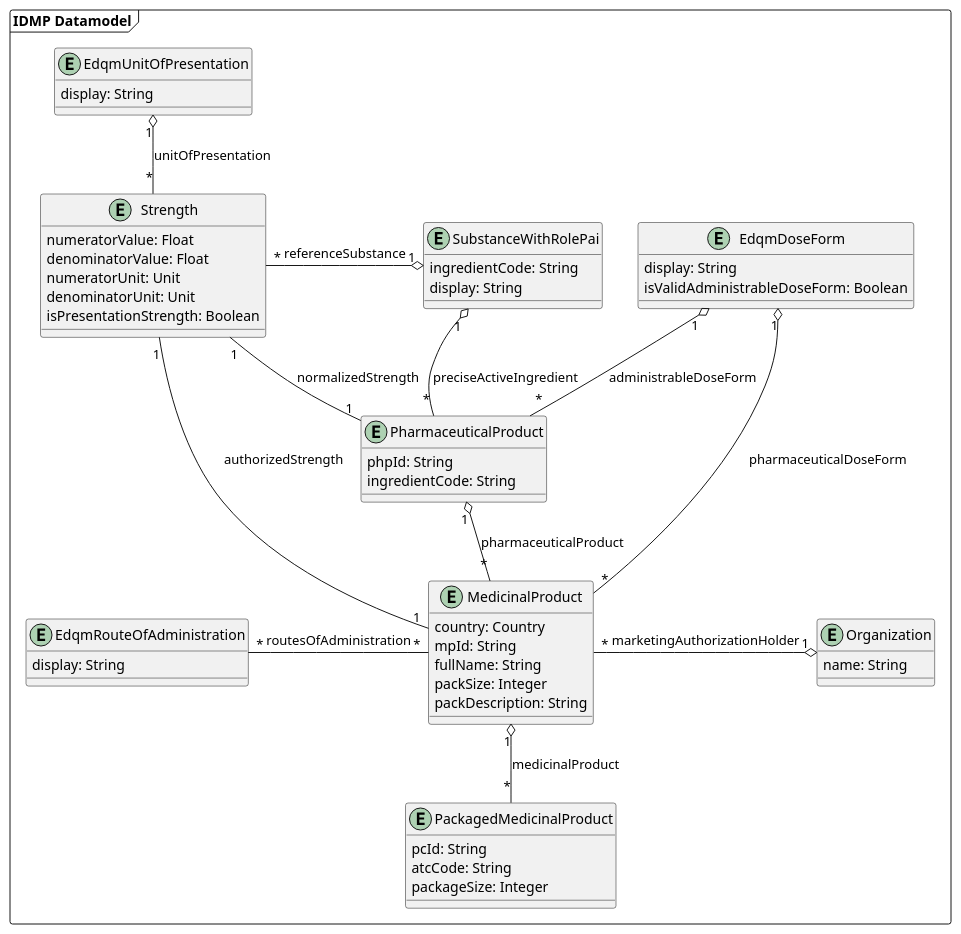
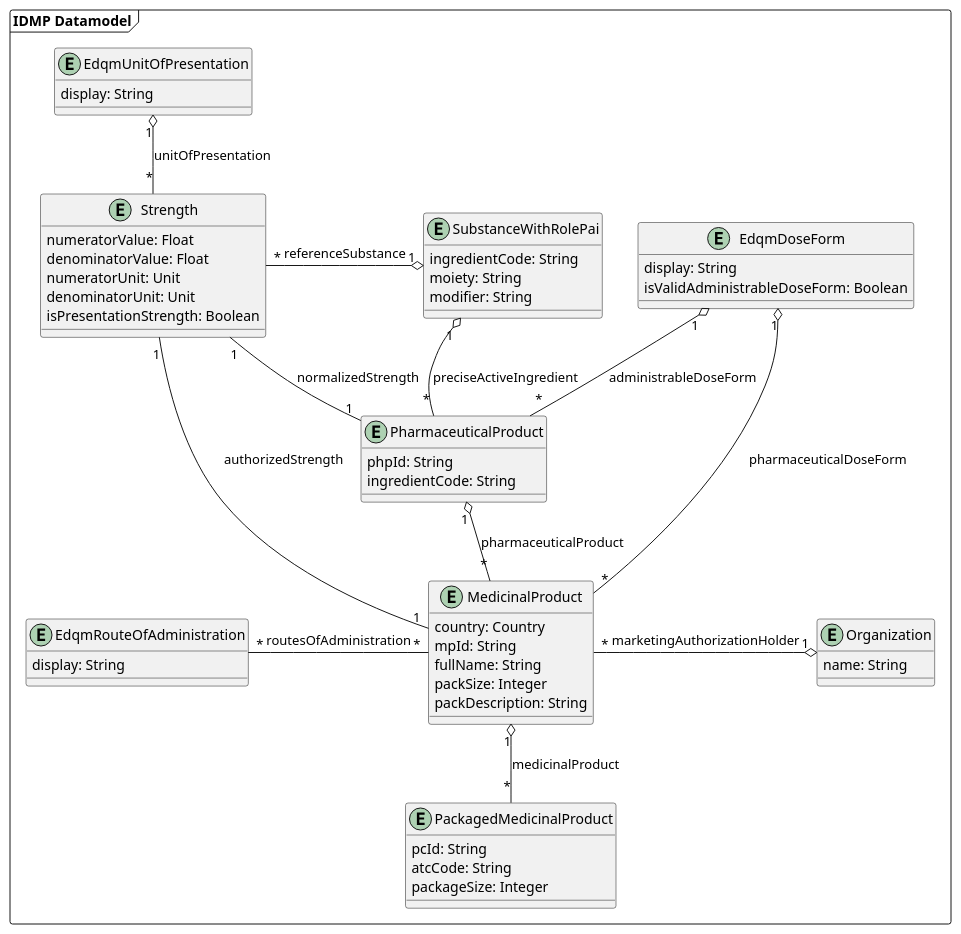
One commit to unicom-project-eu/wp6-db-api changed the diagram in uml/class/datamodel.puml. Above: the diagram before and after it, drawn with PlantUML. The commit also changed 1 other file, not shown here.

Commit message:
Separated moiety from modifier

```diff
--- a/uml/class/datamodel.puml
+++ b/uml/class/datamodel.puml
@@ -1,72 +1,73 @@
 @startuml
 'https://plantuml.com/class-diagram
 
 package "IDMP Datamodel" as idmpDatamodel <<frame>> {
     entity EdqmRouteOfAdministration {
         display: String
     }
 
     entity EdqmUnitOfPresentation {
         display: String
     }
 
     together {
         entity EdqmDoseForm {
             display: String
             isValidAdministrableDoseForm: Boolean
         }
 
         entity Strength {
             numeratorValue: Float
             denominatorValue: Float
             numeratorUnit: Unit
             denominatorUnit: Unit
             isPresentationStrength: Boolean
         }
 
         entity SubstanceWithRolePai {
             ingredientCode: String
-            display: String
+            moiety: String
+            modifier: String
         }
     }
 
     entity PharmaceuticalProduct {
         phpId: String
         ingredientCode: String
     }
 
     entity MedicinalProduct {
         country: Country
         mpId: String
         fullName: String
         packSize: Integer
         packDescription: String
     }
 
     entity PackagedMedicinalProduct {
         pcId: String
         atcCode: String
         packageSize: Integer
     }
 
     entity Organization {
         name: String
     }
 
     SubstanceWithRolePai "1" o------ "*" PharmaceuticalProduct : preciseActiveIngredient
     EdqmDoseForm "1" o-- "*" PharmaceuticalProduct : administrableDoseForm
     Strength "1" -- "1" PharmaceuticalProduct : normalizedStrength
 
     PharmaceuticalProduct "1" o-- "*" MedicinalProduct : pharmaceuticalProduct
 
     MedicinalProduct "1" o-- "*" PackagedMedicinalProduct : medicinalProduct
     MedicinalProduct "*" --o "1" EdqmDoseForm : pharmaceuticalDoseForm
     MedicinalProduct "1" -- "1" Strength : authorizedStrength
     EdqmRouteOfAdministration "*" - "*" MedicinalProduct : routesOfAdministration
     EdqmUnitOfPresentation "1" o-- "*" Strength: unitOfPresentation
 
     MedicinalProduct "*" -o "1" Organization : marketingAuthorizationHolder
 
     Strength "*" -o "1" SubstanceWithRolePai : referenceSubstance
 }
 @enduml
```
